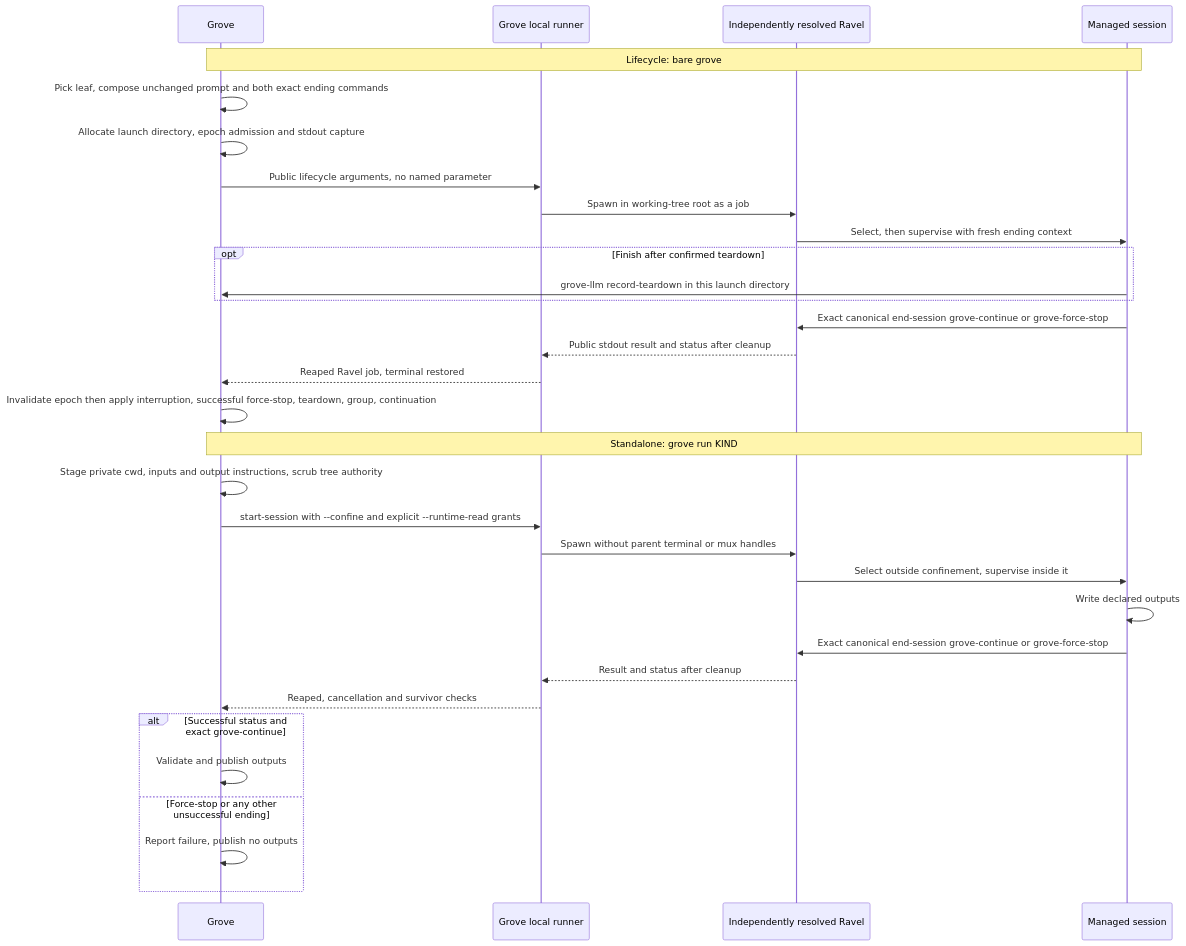
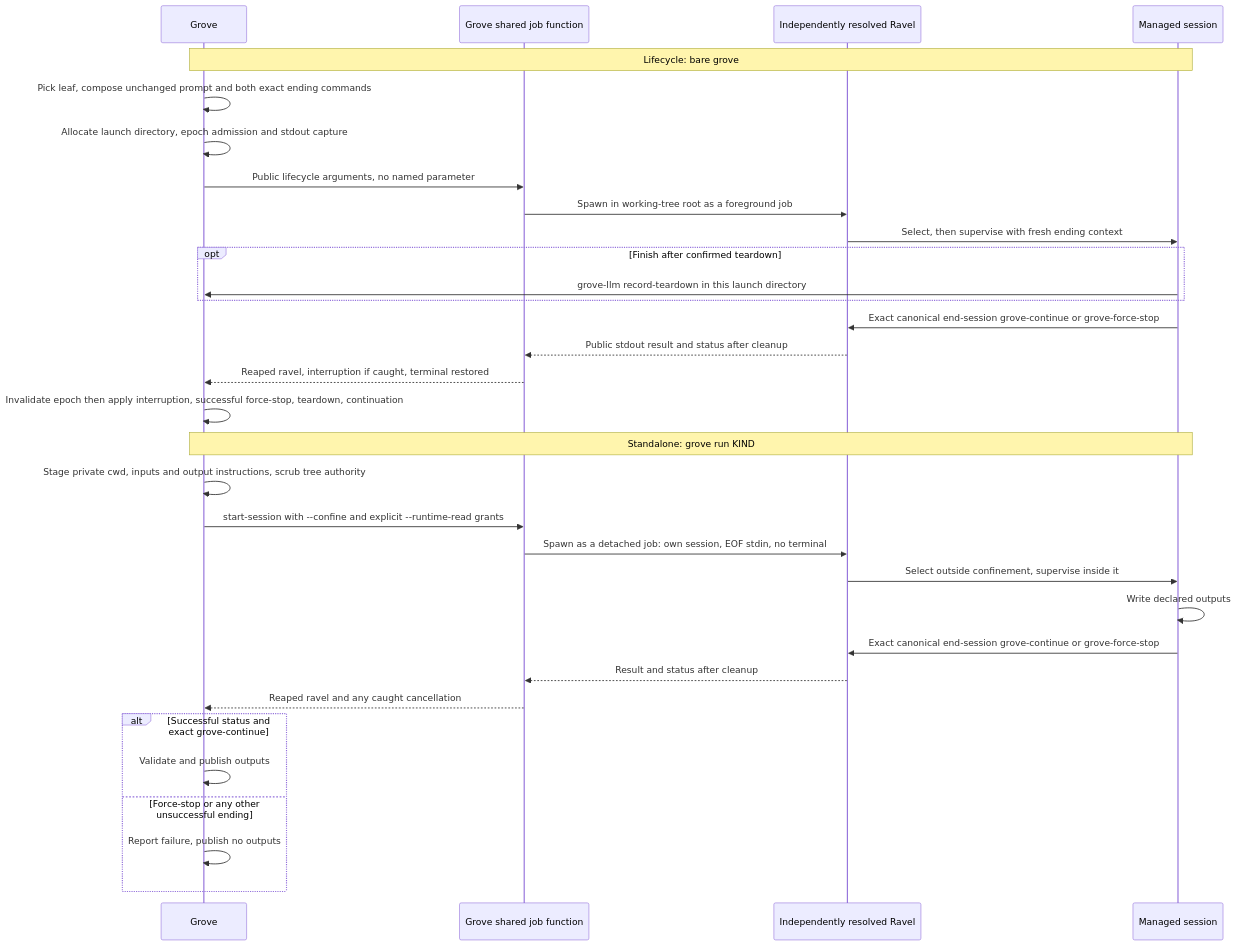
One commit to Linkuistics/grove changed the diagram in docs/design/harness-selection-and-execution/grove-launch.mmd. Above: the diagram before and after it, drawn with Mermaid. The commit also changed 14 other files, not shown here.

First line of the commit message:
ravel-child-k2: design how Grove starts ravel as an ordinary child

```diff
--- a/docs/design/harness-selection-and-execution/grove-launch.mmd
+++ b/docs/design/harness-selection-and-execution/grove-launch.mmd
@@ -1,32 +1,32 @@
 sequenceDiagram
   participant G as Grove
-  participant L as Grove local runner
+  participant L as Grove shared job function
   participant R as Independently resolved Ravel
   participant H as Managed session
   Note over G,H: Lifecycle: bare grove
   G->>G: Pick leaf, compose unchanged prompt and both exact ending commands
   G->>G: Allocate launch directory, epoch admission and stdout capture
   G->>L: Public lifecycle arguments, no named parameter
-  L->>R: Spawn in working-tree root as a job
+  L->>R: Spawn in working-tree root as a foreground job
   R->>H: Select, then supervise with fresh ending context
   opt Finish after confirmed teardown
     H->>G: grove-llm record-teardown in this launch directory
   end
   H->>R: Exact canonical end-session grove-continue or grove-force-stop
   R-->>L: Public stdout result and status after cleanup
-  L-->>G: Reaped Ravel job, terminal restored
-  G->>G: Invalidate epoch then apply interruption, successful force-stop, teardown, group, continuation
+  L-->>G: Reaped ravel, interruption if caught, terminal restored
+  G->>G: Invalidate epoch then apply interruption, successful force-stop, teardown, continuation
   Note over G,H: Standalone: grove run KIND
   G->>G: Stage private cwd, inputs and output instructions, scrub tree authority
   G->>L: start-session with --confine and explicit --runtime-read grants
-  L->>R: Spawn without parent terminal or mux handles
+  L->>R: Spawn as a detached job: own session, EOF stdin, no terminal
   R->>H: Select outside confinement, supervise inside it
   H->>H: Write declared outputs
   H->>R: Exact canonical end-session grove-continue or grove-force-stop
   R-->>L: Result and status after cleanup
-  L-->>G: Reaped, cancellation and survivor checks
+  L-->>G: Reaped ravel and any caught cancellation
   alt Successful status and exact grove-continue
     G->>G: Validate and publish outputs
   else Force-stop or any other unsuccessful ending
     G->>G: Report failure, publish no outputs
   end
```
